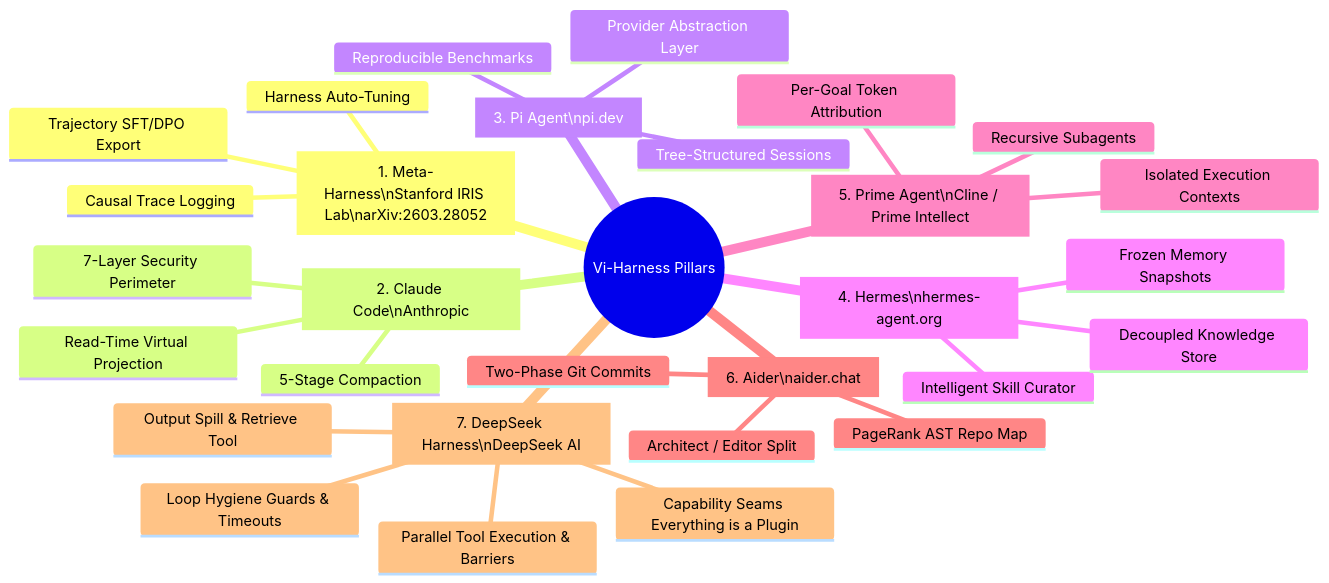
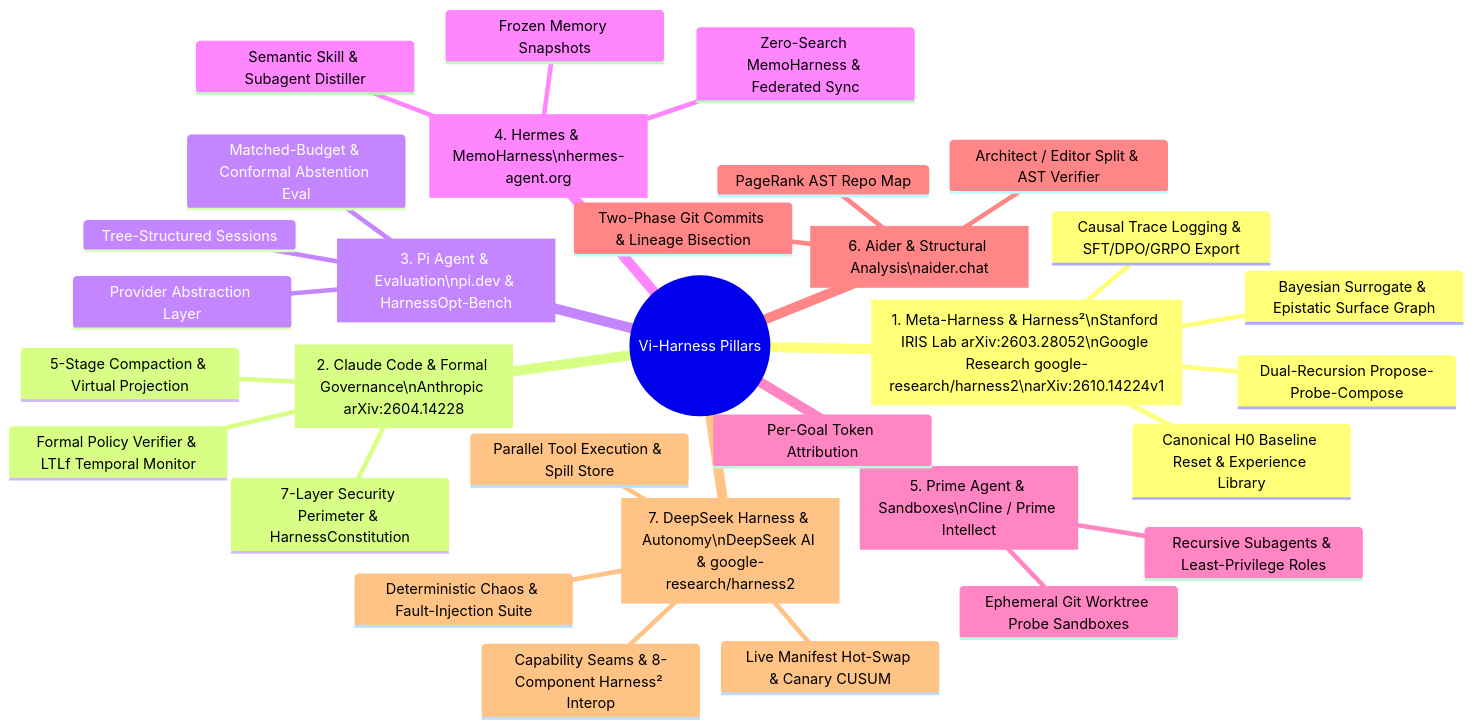
The first of 3 diagrams in README.md (vfcarida/ViHarness), drawn with Mermaid before and after one commit. The commit also changed other lines of this file and 6 other files, not shown here.

Commit message:
docs: synchronize README, references, and attribution tests with Google Research Harness² (arXiv:2610.14224v1)

````diff
--- a/README.md
+++ b/README.md
@@ -58,33 +58,34 @@
 ```mermaid
 mindmap
   root((Vi-Harness Pillars))
-    Meta-Harness [1. Meta-Harness\nStanford IRIS Lab\narXiv:2603.28052]
-      Causal Trace Logging
-      Harness Auto-Tuning
-      Trajectory SFT/DPO Export
-    Claude Code [2. Claude Code\nAnthropic]
-      5-Stage Compaction
-      Read-Time Virtual Projection
-      7-Layer Security Perimeter
-    Pi [3. Pi Agent\npi.dev]
+    Meta-Harness [1. Meta-Harness & Harness²\nStanford IRIS Lab arXiv:2603.28052\nGoogle Research google-research/harness2\narXiv:2610.14224v1]
+      Causal Trace Logging & SFT/DPO/GRPO Export
+      Dual-Recursion Propose-Probe-Compose
+      Canonical H0 Baseline Reset & Experience Library
+      Bayesian Surrogate & Epistatic Surface Graph
+    Claude Code [2. Claude Code & Formal Governance\nAnthropic arXiv:2604.14228]
+      5-Stage Compaction & Virtual Projection
+      7-Layer Security Perimeter & HarnessConstitution
+      Formal Policy Verifier & LTLf Temporal Monitor
+    Pi [3. Pi Agent & Evaluation\npi.dev & HarnessOpt-Bench]
       Provider Abstraction Layer
       Tree-Structured Sessions
-      Reproducible Benchmarks
-    Hermes [4. Hermes\nhermes-agent.org]
+      Matched-Budget & Conformal Abstention Eval
+    Hermes [4. Hermes & MemoHarness\nhermes-agent.org]
       Frozen Memory Snapshots
-      Intelligent Skill Curator
-      Decoupled Knowledge Store
-    Prime Agent [5. Prime Agent\nCline / Prime Intellect]
-      Recursive Subagents
+      Semantic Skill & Subagent Distiller
+      Zero-Search MemoHarness & Federated Sync
+    Prime Agent [5. Prime Agent & Sandboxes\nCline / Prime Intellect]
+      Recursive Subagents & Least-Privilege Roles
       Per-Goal Token Attribution
-      Isolated Execution Contexts
-    Aider [6. Aider\naider.chat]
+      Ephemeral Git Worktree Probe Sandboxes
+    Aider [6. Aider & Structural Analysis\naider.chat]
       PageRank AST Repo Map
-      Two-Phase Git Commits
-      Architect / Editor Split
-    DeepSeek Harness [7. DeepSeek Harness\nDeepSeek AI]
-      Capability Seams Everything is a Plugin
-      Parallel Tool Execution & Barriers
-      Output Spill & Retrieve Tool
-      Loop Hygiene Guards & Timeouts
+      Two-Phase Git Commits & Lineage Bisection
+      Architect / Editor Split & AST Verifier
+    DeepSeek Harness [7. DeepSeek Harness & Autonomy\nDeepSeek AI & google-research/harness2]
+      Capability Seams & 8-Component Harness² Interop
+      Parallel Tool Execution & Spill Store
+      Live Manifest Hot-Swap & Canary CUSUM
+      Deterministic Chaos & Fault-Injection Suite
 ```
````
